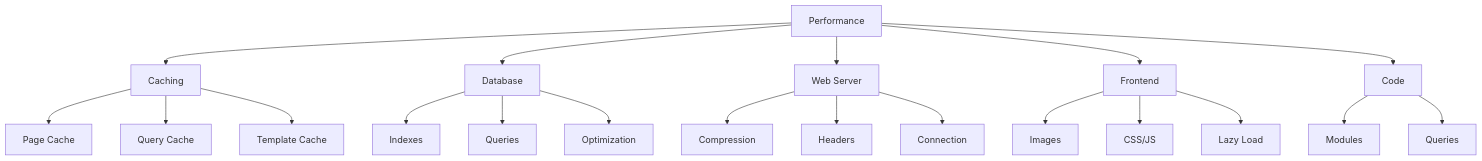
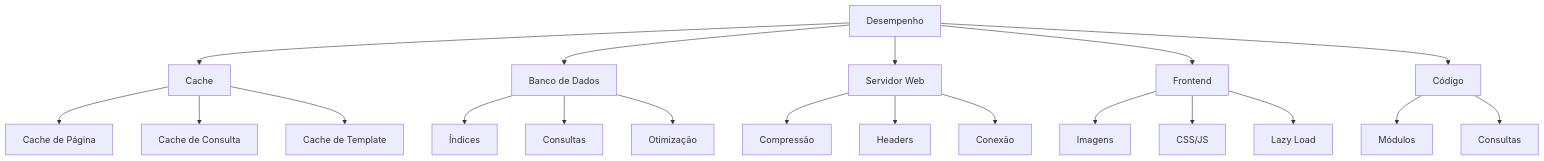
Before and after one commit to mambax7/xoops-docs: the diagram in apps/docs-27/src/content/docs/pt/configuration/performance.md, drawn with Mermaid. The commit also changed other lines of this file and 162 other files, not shown here.

````diff
--- a/apps/docs-27/src/content/docs/pt/configuration/performance.md
+++ b/apps/docs-27/src/content/docs/pt/configuration/performance.md
@@ -12,22 +12,22 @@
 ```mermaid
 graph TD
-    A[Performance] --> B[Caching]
-    A --> C[Database]
-    A --> D[Web Server]
+    A[Desempenho] --> B[Cache]
+    A --> C[Banco de Dados]
+    A --> D[Servidor Web]
     A --> E[Frontend]
-    A --> F[Code]
-    B --> B1[Page Cache]
-    B --> B2[Query Cache]
-    B --> B3[Template Cache]
-    C --> C1[Indexes]
-    C --> C2[Queries]
-    C --> C3[Optimization]
-    D --> D1[Compression]
+    A --> F[Código]
+    B --> B1[Cache de Página]
+    B --> B2[Cache de Consulta]
+    B --> B3[Cache de Template]
+    C --> C1[Índices]
+    C --> C2[Consultas]
+    C --> C3[Otimização]
+    D --> D1[Compressão]
     D --> D2[Headers]
-    D --> D3[Connection]
-    E --> E1[Images]
+    D --> D3[Conexão]
+    E --> E1[Imagens]
     E --> E2[CSS/JS]
     E --> E3[Lazy Load]
-    F --> F1[Modules]
-    F --> F2[Queries]
+    F --> F1[Módulos]
+    F --> F2[Consultas]
 ```
````
